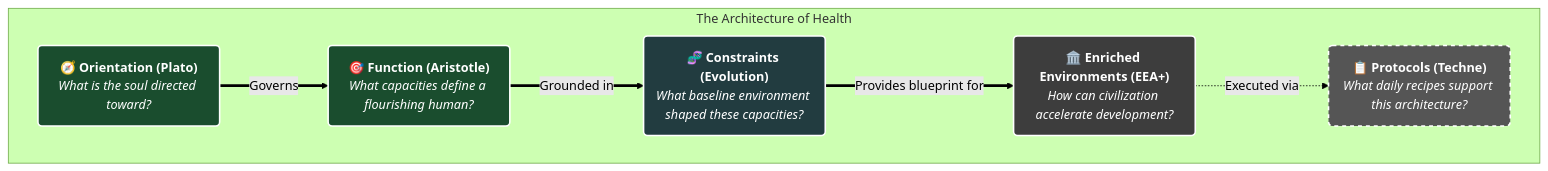
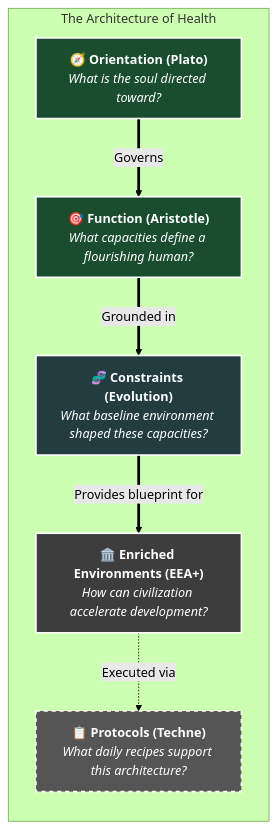
The diagram in _posts/2026-03-08-the-architecture-of-health.md (Shelbournator/thoughts), drawn with Mermaid (forest theme) before and after one commit.

````diff
--- a/_posts/2026-03-08-the-architecture-of-health.md
+++ b/_posts/2026-03-08-the-architecture-of-health.md
@@ -202,22 +202,25 @@
 ```mermaid
-graph TD
-    %% Define styles for the different layers of the stack
+flowchart TB
     classDef philosophical fill:#1a4d2e,stroke:#fff,stroke-width:2px,color:#fff
     classDef biological fill:#223c40,stroke:#fff,stroke-width:2px,color:#fff
     classDef civilizational fill:#3d3d3d,stroke:#fff,stroke-width:2px,color:#fff
     classDef procedural fill:#555555,stroke:#fff,stroke-width:2px,color:#fff,stroke-dasharray: 5 5
 
-    subgraph "The Architecture of Health"
-        L1("🧭 <b>Orientation (Plato)</b><br><i>What is the soul directed toward?</i>"):::philosophical
-        L2("🎯 <b>Function (Aristotle)</b><br><i>What capacities define a flourishing human?</i>"):::philosophical
-        L3("🧬 <b>Constraints (Evolution)</b><br><i>What baseline environment shaped these capacities?</i>"):::biological
-        L4("🏛️ <b>Enriched Environments (EEA+)</b><br><i>How can civilization accelerate development?</i>"):::civilizational
-        L5("📋 <b>Protocols (Techne)</b><br><i>What daily recipes support this architecture?</i>"):::procedural
+    subgraph H["The Architecture of Health"]
+        direction TB
+
+        L1["🧭 <b>Orientation (Plato)</b><br/><i>What is the soul directed toward?</i>"]:::philosophical
+        L2["🎯 <b>Function (Aristotle)</b><br/><i>What capacities define a flourishing human?</i>"]:::philosophical
+        L3["🧬 <b>Constraints (Evolution)</b><br/><i>What baseline environment shaped these capacities?</i>"]:::biological
+        L4["🏛️ <b>Enriched Environments (EEA+)</b><br/><i>How can civilization accelerate development?</i>"]:::civilizational
+        L5["📋 <b>Protocols (Techne)</b><br/><i>What daily recipes support this architecture?</i>"]:::procedural
+
+    
     end
 
     %% Edge connections with descriptive labels
     L1 ==>|Governs| L2
     L2 ==>|Grounded in| L3
     L3 ==>|Provides blueprint for| L4
     L4 -.->|Executed via| L5
  ```
````
